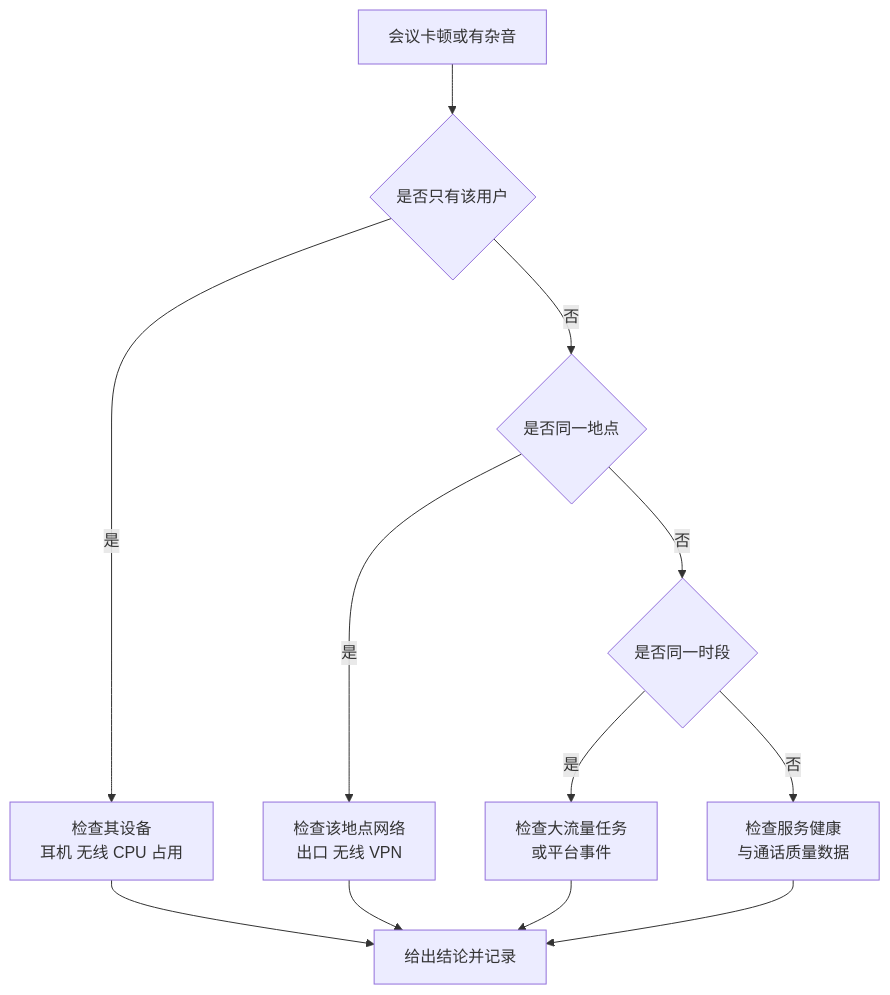
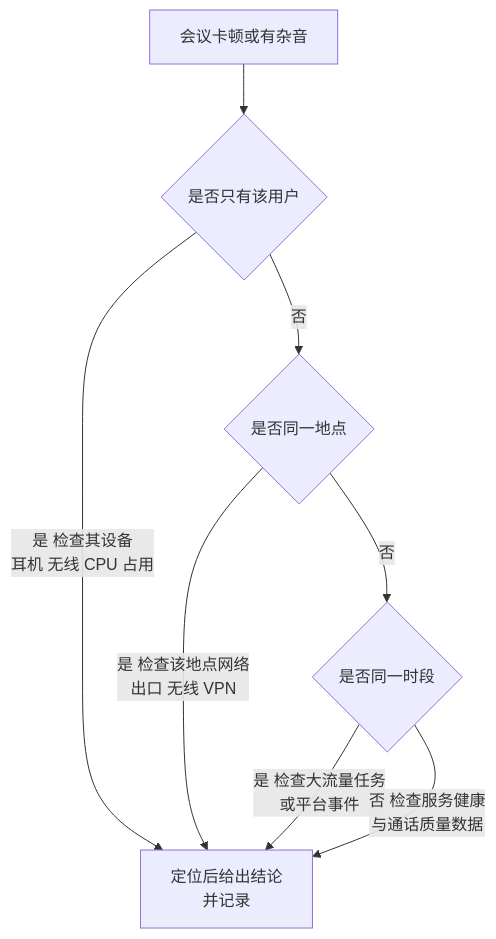
Before and after one commit to zerioo1970/summary: the first of 2 diagrams in Microsoft-365企业导入实施方案/06-上线运维与培训/12-故障排查-Teams与文件.md, drawn with Mermaid. The commit also changed 14 other files, not shown here.

First line of the commit message:
fix(docs): 修正 Mermaid 图渲染问题（15 个文件）

````diff
--- a/Microsoft-365企业导入实施方案/06-上线运维与培训/12-故障排查-Teams与文件.md
+++ b/Microsoft-365企业导入实施方案/06-上线运维与培训/12-故障排查-Teams与文件.md
@@ -92,14 +92,10 @@
 ```mermaid
 graph TD
     A[会议卡顿或有杂音] --> B{是否只有该用户}
-    B -->|是| C[检查其设备<br/>耳机 无线 CPU 占用]
+    B -->|是 检查其设备<br/>耳机 无线 CPU 占用| Z[定位后给出结论<br/>并记录]
     B -->|否| D{是否同一地点}
-    D -->|是| E[检查该地点网络<br/>出口 无线 VPN]
+    D -->|是 检查该地点网络<br/>出口 无线 VPN| Z
     D -->|否| F{是否同一时段}
-    F -->|是| G[检查大流量任务<br/>或平台事件]
-    F -->|否| H[检查服务健康<br/>与通话质量数据]
-    C --> I[给出结论并记录]
-    E --> I
-    G --> I
-    H --> I
+    F -->|是 检查大流量任务<br/>或平台事件| Z
+    F -->|否 检查服务健康<br/>与通话质量数据| Z
 ```
````
